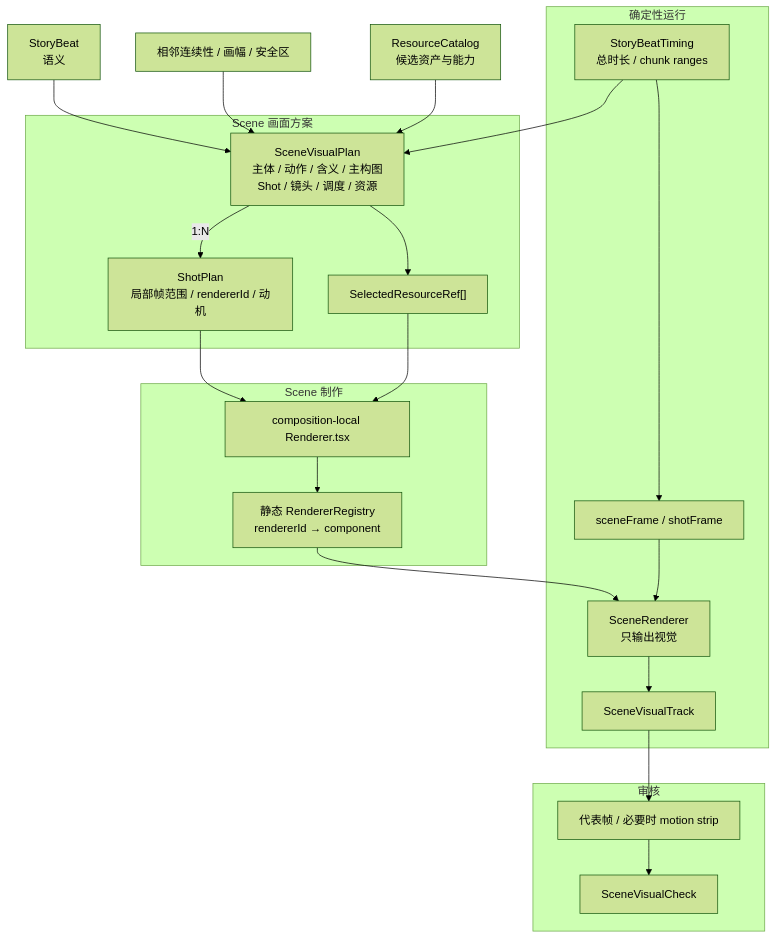
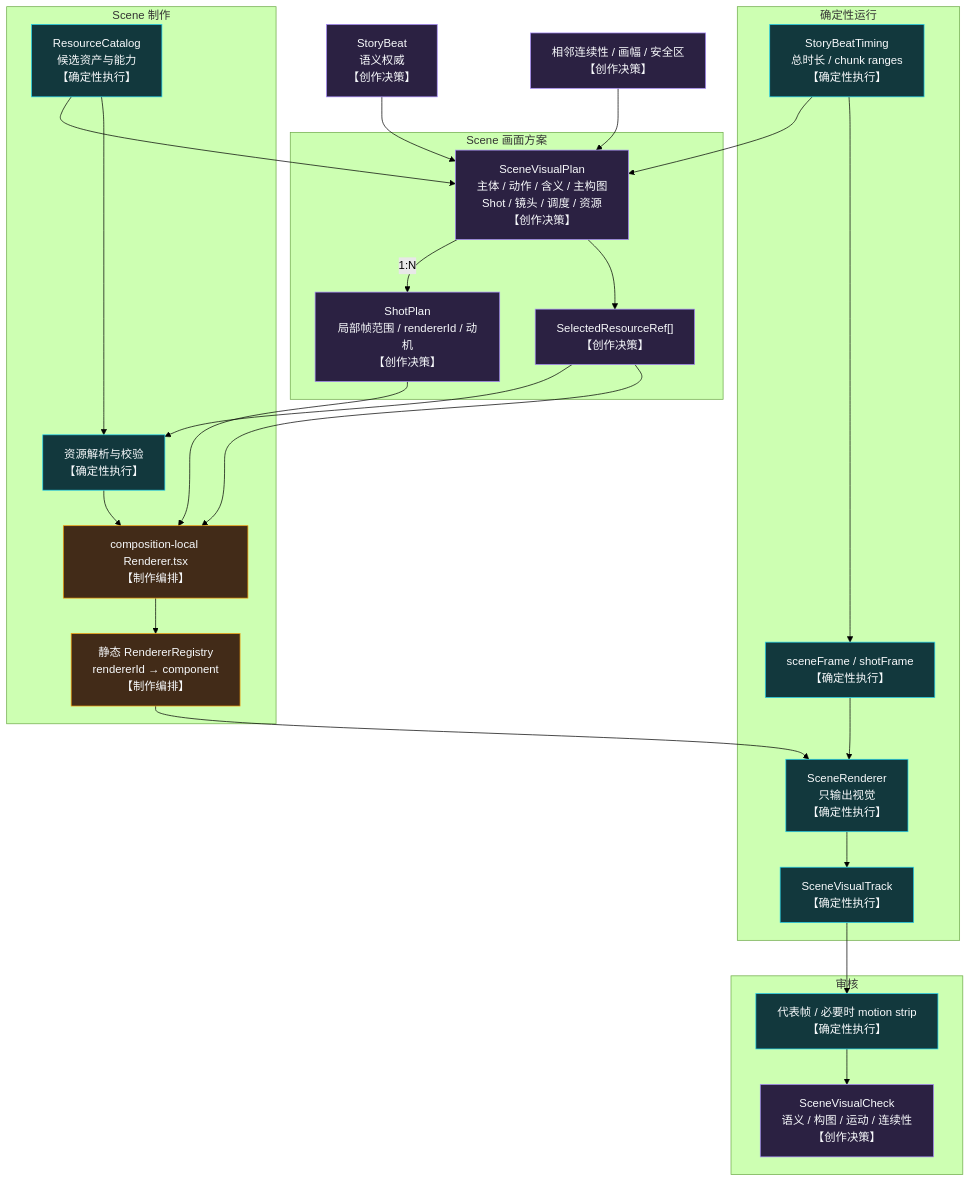
Before and after one commit to AXMORF/axmorf-studio: the second of 2 diagrams in docs/ARCHITECTURE.md, drawn with Mermaid (forest theme). The commit also changed other lines of this file and 2 other files, not shown here.

Commit message:
docs: clarify architecture node responsibilities

````diff
--- a/docs/ARCHITECTURE.md
+++ b/docs/ARCHITECTURE.md
@@ -40,31 +64,41 @@
 ```mermaid
 flowchart TB
-    Beat["StoryBeat<br/>语义"] --> Plan
-    Timing["StoryBeatTiming<br/>总时长 / chunk ranges"] --> Plan
-    Context["相邻连续性 / 画幅 / 安全区"] --> Plan
-    Catalog["ResourceCatalog<br/>候选资产与能力"] --> Plan
+    Beat["StoryBeat<br/>语义权威<br/>【创作决策】"] --> Plan
+    Timing["StoryBeatTiming<br/>总时长 / chunk ranges<br/>【确定性执行】"] --> Plan
+    Context["相邻连续性 / 画幅 / 安全区<br/>【创作决策】"] --> Plan
+    Catalog["ResourceCatalog<br/>候选资产与能力<br/>【确定性执行】"] --> Plan
 
     subgraph Design["Scene 画面方案"]
-      Plan["SceneVisualPlan<br/>主体 / 动作 / 含义 / 主构图<br/>Shot / 镜头 / 调度 / 资源"]
-      Plan -->|"1:N"| Shot["ShotPlan<br/>局部帧范围 / rendererId / 动机"]
-      Plan --> Refs["SelectedResourceRef[]"]
+      Plan["SceneVisualPlan<br/>主体 / 动作 / 含义 / 主构图<br/>Shot / 镜头 / 调度 / 资源<br/>【创作决策】"]
+      Plan -->|"1:N"| Shot["ShotPlan<br/>局部帧范围 / rendererId / 动机<br/>【创作决策】"]
+      Plan --> Refs["SelectedResourceRef[]<br/>【创作决策】"]
     end
 
     subgraph Authoring["Scene 制作"]
-      Shot --> Source["composition-local Renderer.tsx"]
+      Refs --> Resolve["资源解析与校验<br/>【确定性执行】"]
+      Catalog --> Resolve
+      Shot --> Source["composition-local Renderer.tsx<br/>【制作编排】"]
       Refs --> Source
-      Source --> Registry["静态 RendererRegistry<br/>rendererId → component"]
+      Resolve --> Source
+      Source --> Registry["静态 RendererRegistry<br/>rendererId → component<br/>【制作编排】"]
     end
 
     subgraph Runtime["确定性运行"]
-      Timing --> Frame["sceneFrame / shotFrame"]
-      Registry --> Renderer["SceneRenderer<br/>只输出视觉"]
+      Timing --> Frame["sceneFrame / shotFrame<br/>【确定性执行】"]
+      Registry --> Renderer["SceneRenderer<br/>只输出视觉<br/>【确定性执行】"]
       Frame --> Renderer
-      Renderer --> Track["SceneVisualTrack"]
+      Renderer --> Track["SceneVisualTrack<br/>【确定性执行】"]
     end
 
     subgraph Review["审核"]
-      Track --> Evidence["代表帧 / 必要时 motion strip"]
-      Evidence --> Check["SceneVisualCheck"]
+      Track --> Evidence["代表帧 / 必要时 motion strip<br/>【确定性执行】"]
+      Evidence --> Check["SceneVisualCheck<br/>语义 / 构图 / 运动 / 连续性<br/>【创作决策】"]
     end
+
+    classDef creative fill:#2b2142,stroke:#a78bfa,color:#f8fafc;
+    classDef orchestration fill:#422b18,stroke:#f59e0b,color:#f8fafc;
+    classDef deterministic fill:#12383d,stroke:#22d3ee,color:#f8fafc;
+    class Beat,Context,Plan,Shot,Refs,Check creative;
+    class Source,Registry orchestration;
+    class Timing,Catalog,Resolve,Frame,Renderer,Track,Evidence deterministic;
 ```
````
